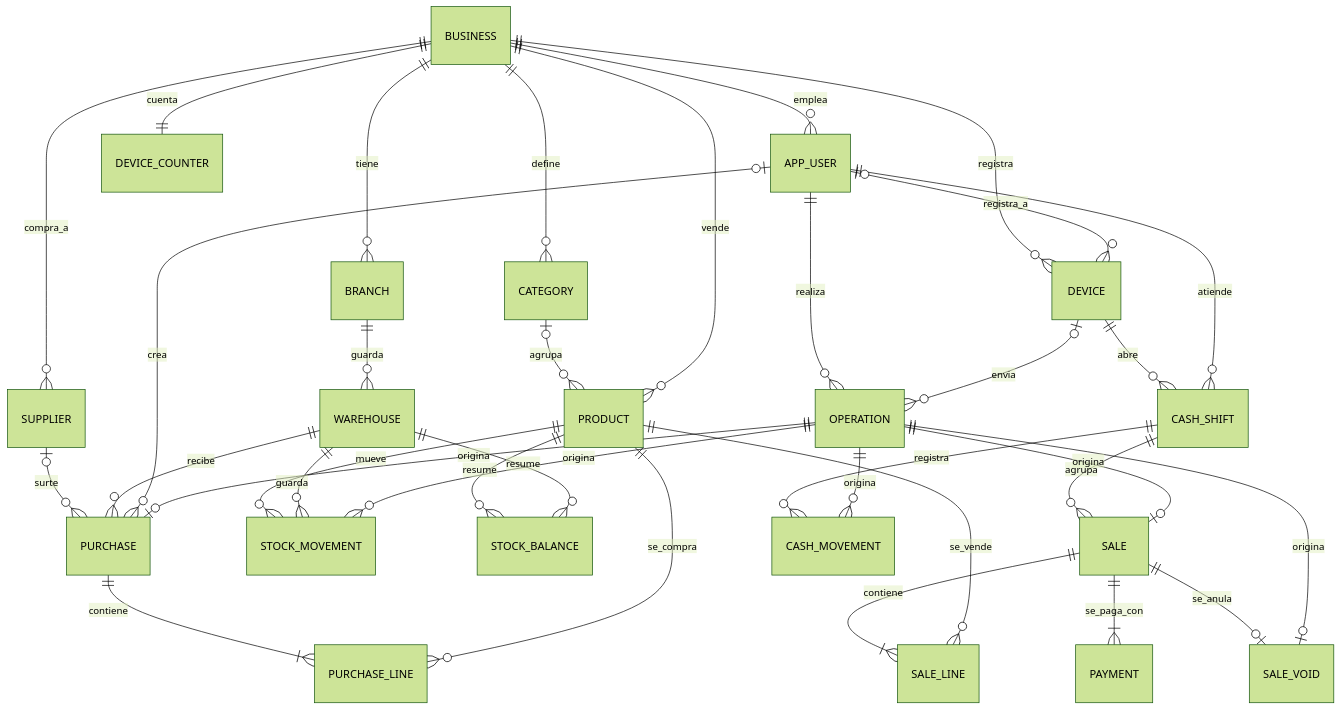
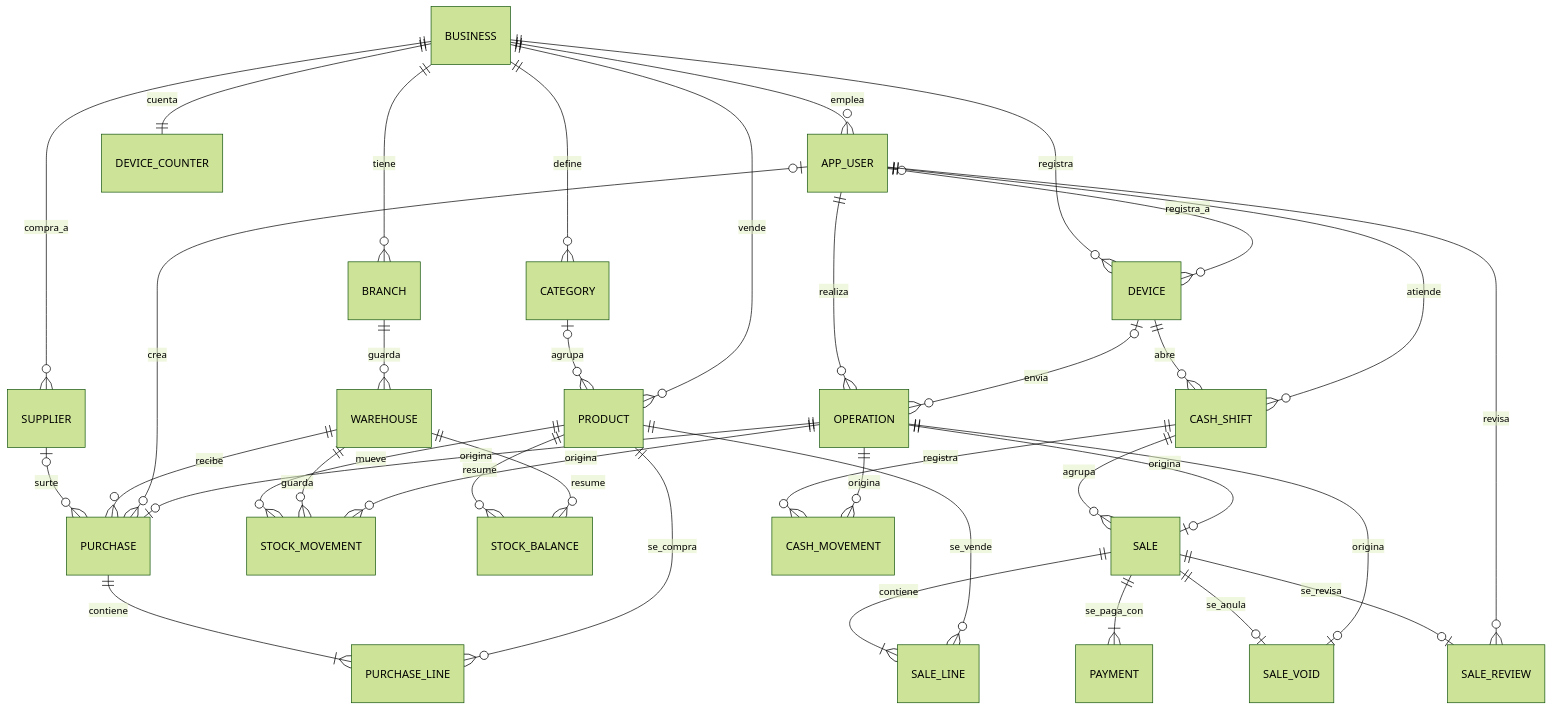
Before and after one commit to diegoandresvillarrealcastillo-maker/vsd-stock-backend: the diagram in docs/dominio/modelo-de-datos.md, drawn with Mermaid (forest theme). The commit also changed other lines of this file and 5 other files, not shown here.

````diff
--- a/docs/dominio/modelo-de-datos.md
+++ b/docs/dominio/modelo-de-datos.md
@@ -33,37 +33,39 @@
 ```mermaid
 erDiagram
   BUSINESS ||--o{ BRANCH : tiene
   BUSINESS ||--o{ APP_USER : emplea
   BUSINESS ||--o{ DEVICE : registra
   BUSINESS ||--|| DEVICE_COUNTER : cuenta
   BRANCH ||--o{ WAREHOUSE : guarda
   BUSINESS ||--o{ CATEGORY : define
   CATEGORY |o--o{ PRODUCT : agrupa
   BUSINESS ||--o{ PRODUCT : vende
   BUSINESS ||--o{ SUPPLIER : compra_a
   SUPPLIER |o--o{ PURCHASE : surte
   WAREHOUSE ||--o{ PURCHASE : recibe
   PURCHASE ||--|{ PURCHASE_LINE : contiene
   PRODUCT ||--o{ PURCHASE_LINE : se_compra
   PRODUCT ||--o{ STOCK_MOVEMENT : mueve
   WAREHOUSE ||--o{ STOCK_MOVEMENT : guarda
   PRODUCT ||--o{ STOCK_BALANCE : resume
   WAREHOUSE ||--o{ STOCK_BALANCE : resume
   DEVICE ||--o{ CASH_SHIFT : abre
   APP_USER ||--o{ CASH_SHIFT : atiende
   APP_USER |o--o{ DEVICE : registra_a
   APP_USER ||--o{ OPERATION : realiza
   DEVICE |o--o{ OPERATION : envia
   APP_USER |o--o{ PURCHASE : crea
   CASH_SHIFT ||--o{ SALE : agrupa
   SALE ||--|{ SALE_LINE : contiene
   PRODUCT ||--o{ SALE_LINE : se_vende
   SALE ||--|{ PAYMENT : se_paga_con
   SALE ||--o| SALE_VOID : se_anula
+  SALE ||--o| SALE_REVIEW : se_revisa
+  APP_USER ||--o{ SALE_REVIEW : revisa
   CASH_SHIFT ||--o{ CASH_MOVEMENT : registra
   OPERATION ||--o| SALE : origina
   OPERATION ||--o| SALE_VOID : origina
   OPERATION ||--o| PURCHASE : origina
   OPERATION ||--o{ STOCK_MOVEMENT : origina
   OPERATION ||--o{ CASH_MOVEMENT : origina
 ```
````
